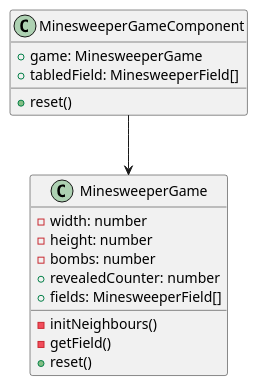
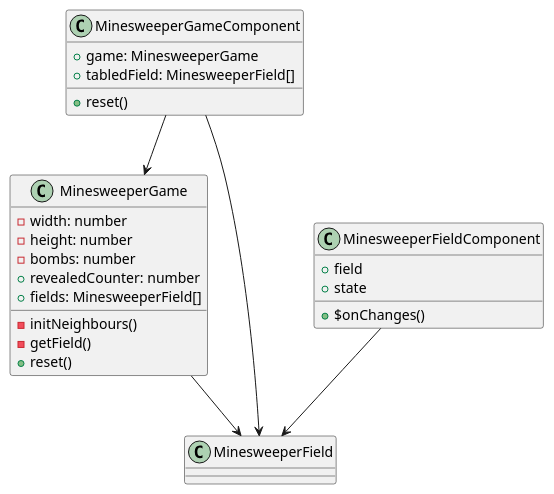
The diagram in documentation/classes/angularJS-minesweeper_classes.puml (JensUngerer/angularJS-minesweeper), drawn with PlantUML before and after one commit.

Commit message:
more attributes in angularJS-minesweeper_classes.puml

```diff
--- a/documentation/classes/angularJS-minesweeper_classes.puml
+++ b/documentation/classes/angularJS-minesweeper_classes.puml
@@ -1,21 +1,34 @@
 @startuml
 class MinesweeperGameComponent {
- + game: MinesweeperGame
- + tabledField: MinesweeperField[]
- + reset()
+    + game: MinesweeperGame
+    + tabledField: MinesweeperField[]
+    + reset()
 }
 class MinesweeperGame {
     - width: number
     - height: number
     - bombs: number
     + revealedCounter: number
     + fields: MinesweeperField[]
     - initNeighbours()
     - getField()
     + reset()
 }
 
+class MinesweeperField  {
+    
+}
+
+class MinesweeperFieldComponent {
+    + field
+    + state
+    + $onChanges()
+}
+
 MinesweeperGameComponent --> MinesweeperGame
+MinesweeperGameComponent --> MinesweeperField
+MinesweeperGame --> MinesweeperField
+MinesweeperFieldComponent --> MinesweeperField
 
 
 @enduml
```
